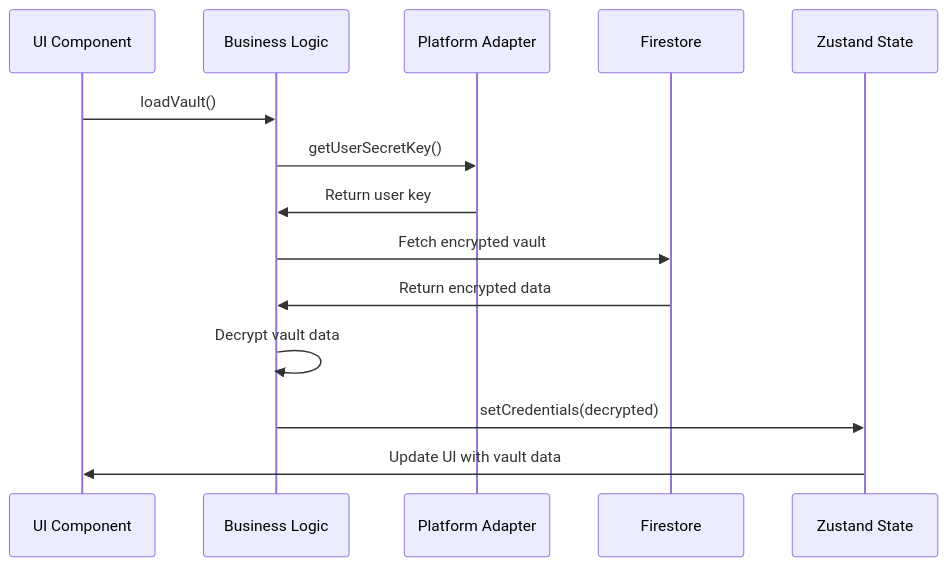
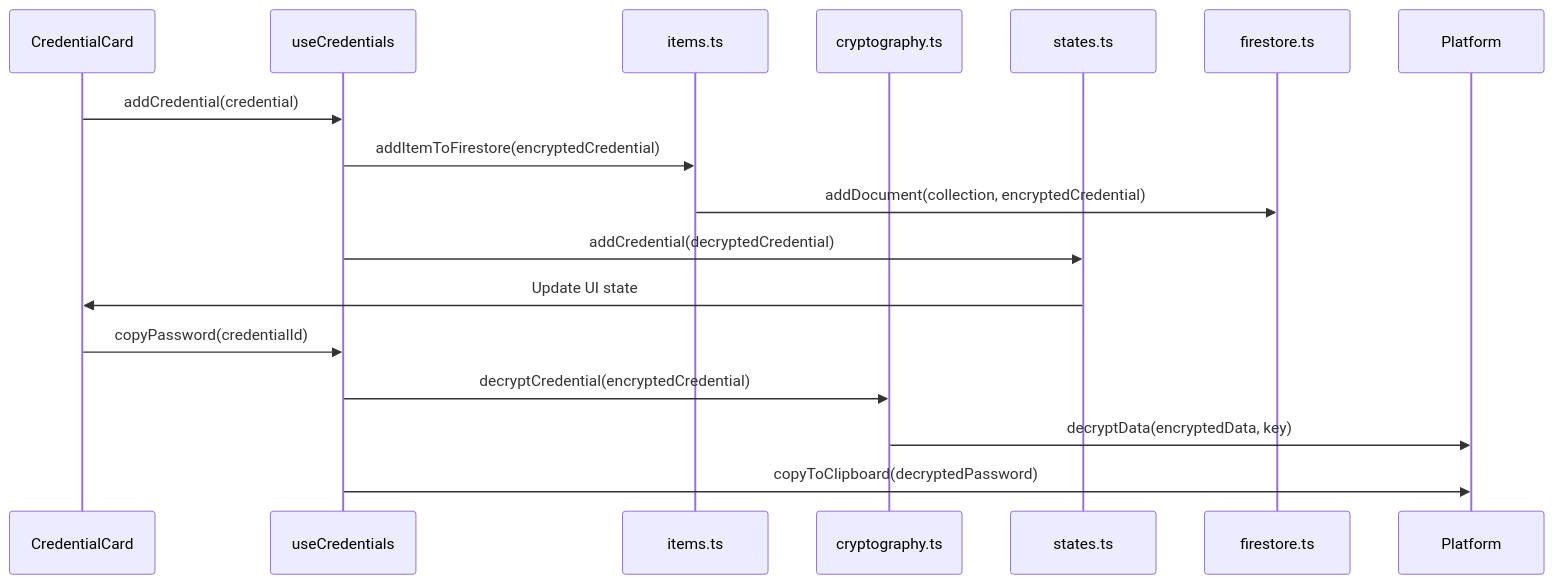
Before and after one commit to Bptmn/SimpliPass-Chrome-Extension: the second of 4 diagrams in ARCHITECTURE.md, drawn with Mermaid. The commit also changed other lines of this file and 355 other files, not shown here.

````diff
--- a/ARCHITECTURE.md
+++ b/ARCHITECTURE.md
@@ -76,17 +292,20 @@
 ```mermaid
 sequenceDiagram
-    participant UI as UI Component
-    participant Logic as Business Logic
-    participant Adapter as Platform Adapter
-    participant Firestore as Firestore
-    participant State as Zustand State
+    participant UI as CredentialCard
+    participant Hook as useCredentials
+    participant Items as items.ts
+    participant Crypto as cryptography.ts
+    participant States as states.ts
+    participant Firestore as firestore.ts
 
-    UI->>Logic: loadVault()
-    Logic->>Adapter: getUserSecretKey()
-    Adapter->>Logic: Return user key
-    Logic->>Firestore: Fetch encrypted vault
-    Firestore->>Logic: Return encrypted data
-    Logic->>Logic: Decrypt vault data
-    Logic->>State: setCredentials(decrypted)
-    State->>UI: Update UI with vault data
+    UI->>Hook: addCredential(credential)
+    Hook->>Items: addItemToFirestore(encryptedCredential)
+    Items->>Firestore: addDocument(collection, encryptedCredential)
+    Hook->>States: addCredential(decryptedCredential)
+    States->>UI: Update UI state
+
+    UI->>Hook: copyPassword(credentialId)
+    Hook->>Crypto: decryptCredential(encryptedCredential)
+    Crypto->>Platform: decryptData(encryptedData, key)
+    Hook->>Platform: copyToClipboard(decryptedPassword)
 ```
````
